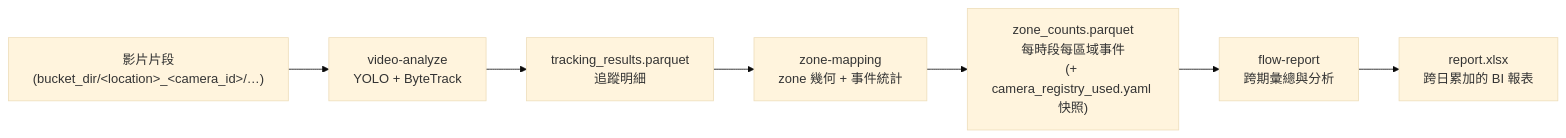
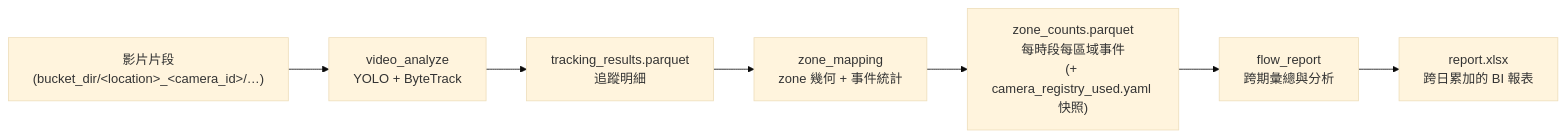
One commit to ivansu-eslite/video-flow-analytics changed the diagram in README.md. Above: the diagram before and after it, drawn with Mermaid (base theme). The commit also changed other lines of this file and 75 other files, not shown here.

````diff
--- a/README.md
+++ b/README.md
@@ -32,12 +32,12 @@
 ```mermaid
 flowchart LR
     V["影片片段<br/>(bucket_dir/&lt;location&gt;_&lt;camera_id&gt;/…)"]
-    A["video-analyze<br/>YOLO + ByteTrack"]
+    A["video_analyze<br/>YOLO + ByteTrack"]
     T["tracking_results.parquet<br/>追蹤明細"]
-    Z["zone-mapping<br/>zone 幾何 + 事件統計"]
+    Z["zone_mapping<br/>zone 幾何 + 事件統計"]
     C["zone_counts.parquet<br/>每時段每區域事件<br/>(+ camera_registry_used.yaml 快照)"]
-    R["flow-report<br/>跨期彙總與分析"]
+    R["flow_report<br/>跨期彙總與分析"]
     X["report.xlsx<br/>跨日累加的 BI 報表"]
 
     V --> A --> T --> Z --> C --> R --> X
 ```
````
